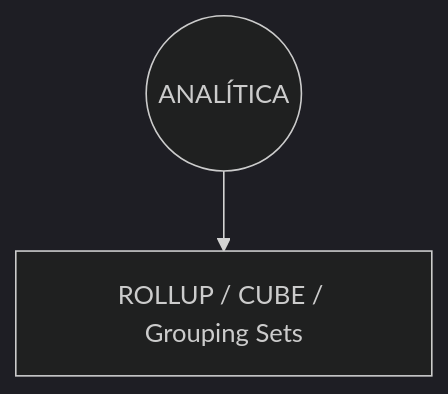
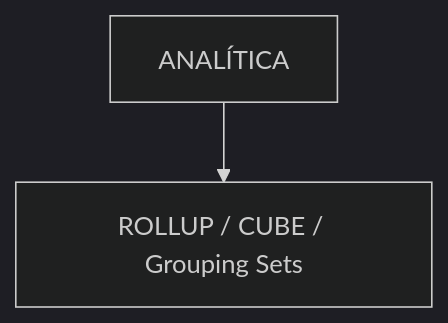
One commit to rraulherediaa/PracticasEstructurasDatos changed the seventh of 12 diagrams in README.md. Above: the diagram before and after it, drawn with Mermaid (dark theme). The commit also changed other lines of this file, not shown here.

````diff
--- a/README.md
+++ b/README.md
@@ -75,5 +134,5 @@
 ```mermaid
 flowchart TD
-    BI(("ANALÍTICA"))
+    BI["ANALÍTICA"]
     BI --> ROLL["ROLLUP / CUBE / Grouping Sets"]
 ```
````
